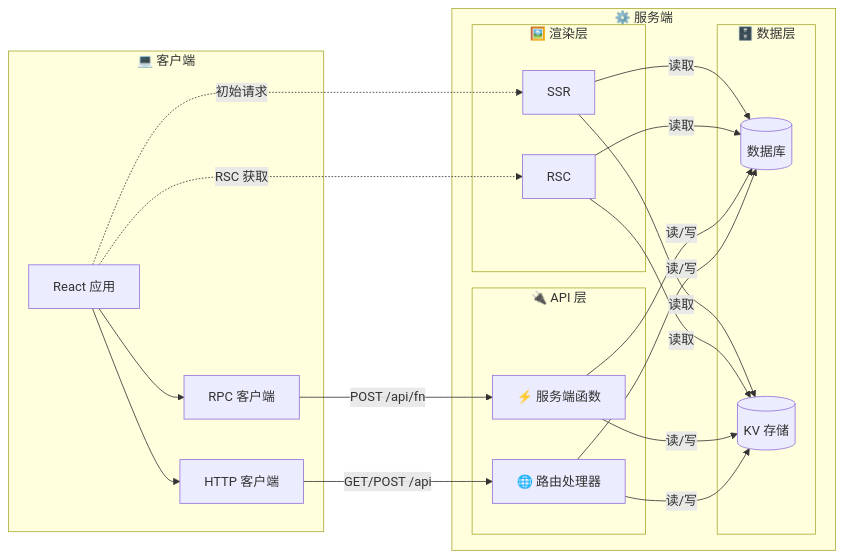
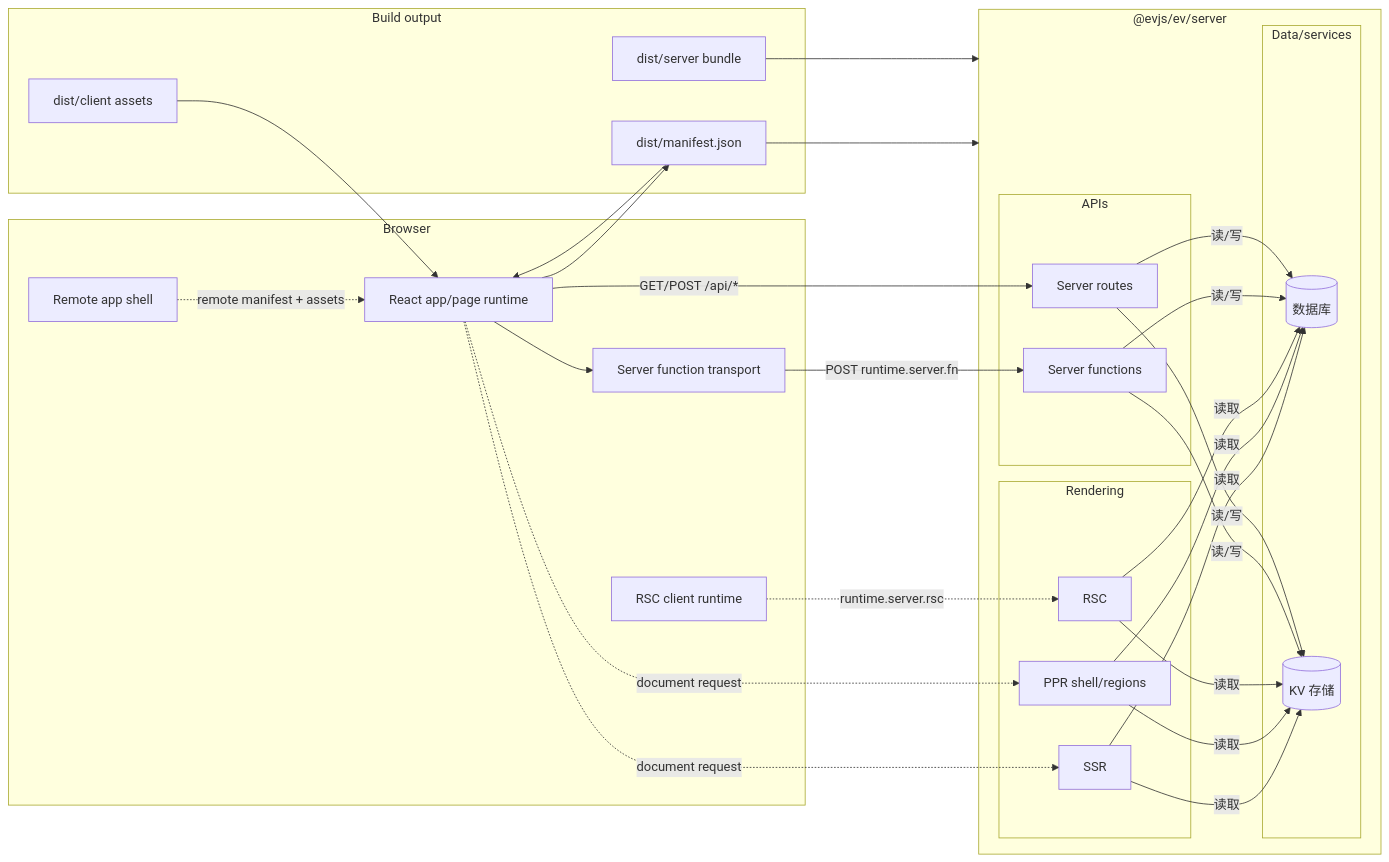
One commit to afx-team/evjs changed the diagram in docs/i18n/zh-Hans/docusaurus-plugin-content-docs/current/overview.md. Above: the diagram before and after it, drawn with Mermaid. The commit also changed other lines of this file and 400 other files, not shown here.

First line of the commit message:
feat: implement graph-driven architecture (#14)

````diff
--- a/docs/i18n/zh-Hans/docusaurus-plugin-content-docs/current/overview.md
+++ b/docs/i18n/zh-Hans/docusaurus-plugin-content-docs/current/overview.md
@@ -21,41 +30,58 @@
 ```mermaid
 flowchart LR
-    subgraph ClientSide ["💻 客户端"]
-        UI["React 应用"]
-        RPC["RPC 客户端"]
-        FETCH["HTTP 客户端"]
+    subgraph Browser ["Browser"]
+        UI["React app/page runtime"]
+        RPC["Server function transport"]
+        REMOTE["Remote app shell"]
+        RSCClient["RSC client runtime"]
     end
 
-    subgraph ServerSide ["⚙️ 服务端"]
-        subgraph RenderingLayer ["🖼️ 渲染层"]
+    subgraph Server ["@evjs/ev/server"]
+        subgraph Rendering ["Rendering"]
             SSR["SSR"]
+            PPR["PPR shell/regions"]
             RSC["RSC"]
         end
 
-        subgraph APILayer ["🔌 API 层"]
-            SF["⚡ 服务端函数"]
-            RH["🌐 路由处理器"]
+        subgraph APIs ["APIs"]
+            SF["Server functions"]
+            RH["Server routes"]
         end
 
-        subgraph DataLayer ["🗄️ 数据层"]
+        subgraph Data ["Data/services"]
             DB[("数据库")]
             KV[("KV 存储")]
         end
     end
 
+    subgraph Build ["Build output"]
+        MANIFEST["dist/manifest.json"]
+        ASSETS["dist/client assets"]
+        SERVERBUNDLE["dist/server bundle"]
+    end
+
+    UI --> MANIFEST
+    UI --> RPC
+    UI -.->|"document request"| SSR
+    UI -.->|"document request"| PPR
+    RSCClient -.->|"runtime.server.rsc"| RSC
+    REMOTE -.->|"remote manifest + assets"| UI
+
     SSR -->|读取| DB
     SSR -->|读取| KV
+    PPR -->|读取| DB
+    PPR -->|读取| KV
     RSC -->|读取| DB
     RSC -->|读取| KV
     SF -->|读/写| DB
     SF -->|读/写| KV
     RH -->|读/写| DB
     RH -->|读/写| KV
 
-    UI --> RPC
-    UI --> FETCH
-    UI -.->|初始请求| SSR
-    UI -.->|RSC 获取| RSC
-    RPC -->|POST /api/fn| SF
-    FETCH -->|GET/POST /api| RH
+    RPC -->|"POST runtime.server.fn"| SF
+    UI -->|"GET/POST /api/*"| RH
+    MANIFEST --> UI
+    MANIFEST --> Server
+    ASSETS --> UI
+    SERVERBUNDLE --> Server
 ```
````
